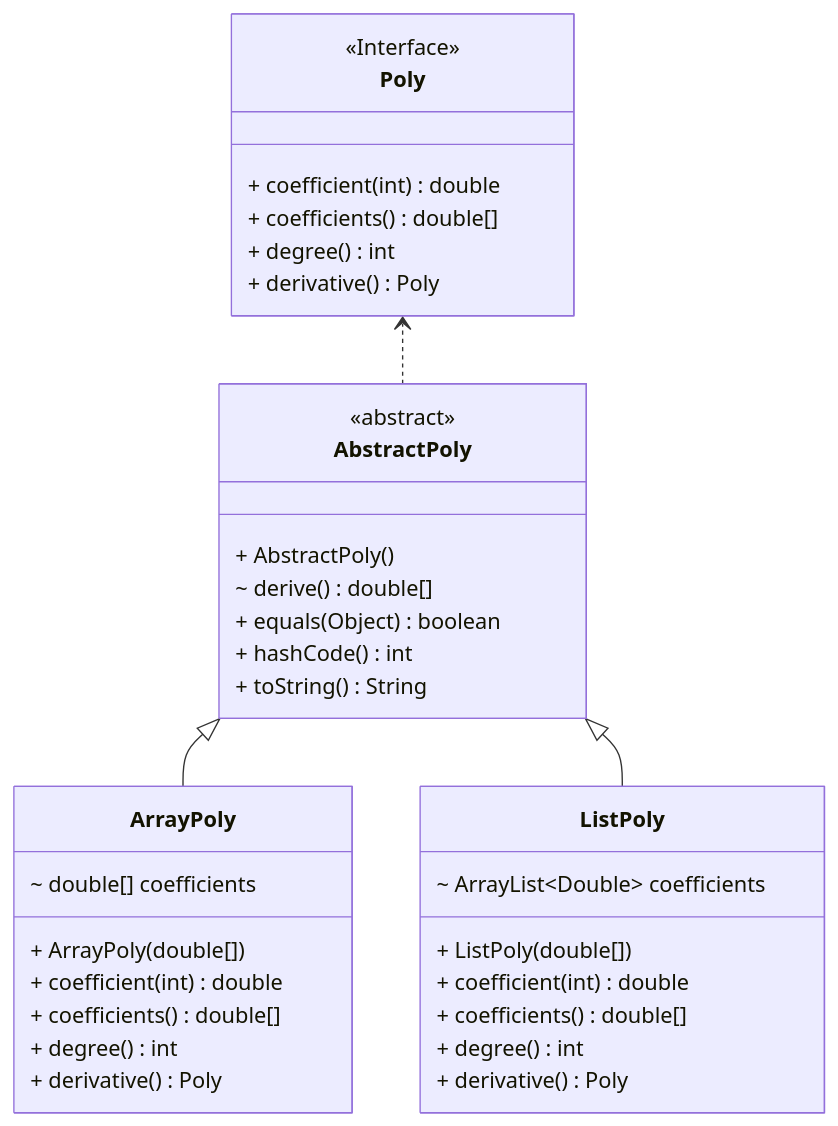
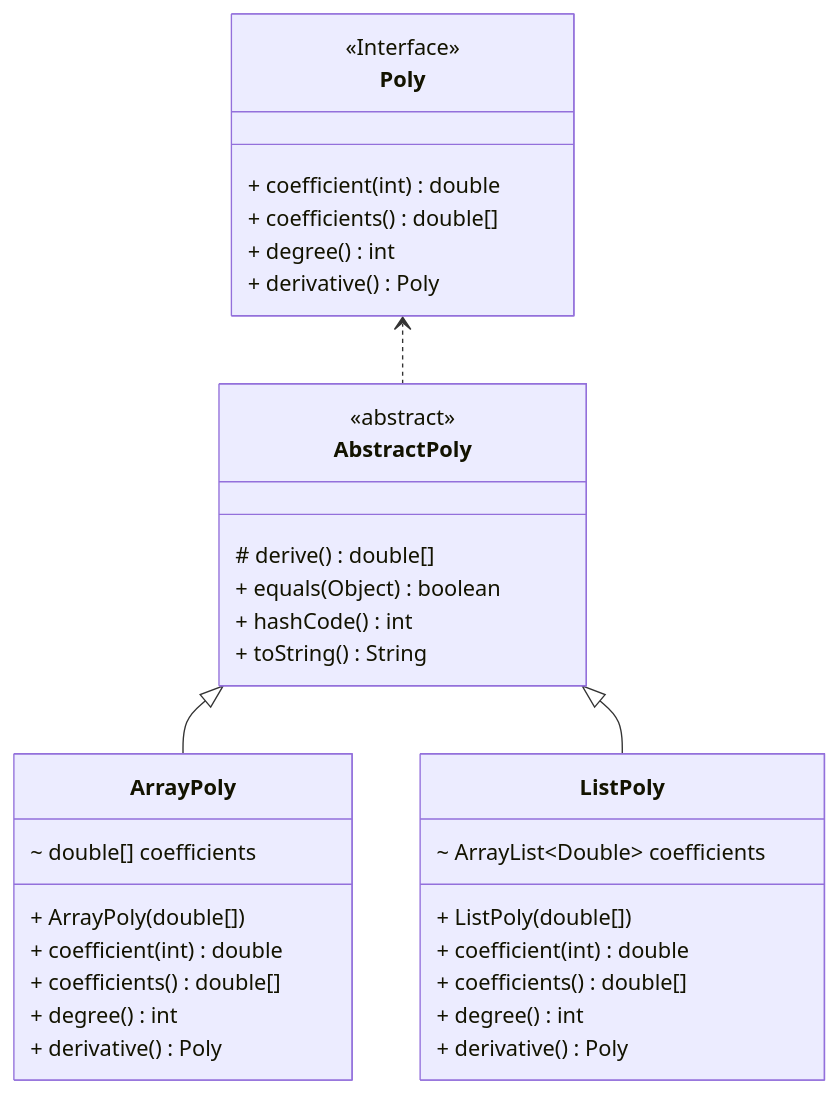
Before and after one commit to MarinCervinschi/ObjectOrientedProgramming: diagram 12 of 13 in exercices/src/main/java/oop/README.md, drawn with Mermaid. The commit also changed other lines of this file and 6 other files, not shown here.

````diff
--- a/exercices/src/main/java/oop/README.md
+++ b/exercices/src/main/java/oop/README.md
@@ -516,39 +521,38 @@
 ```mermaid
 classDiagram
 direction BT
+class Poly {
+    <<Interface>>
+    + coefficient(int) double
+    + coefficients() double[]
+    + degree() int
+    + derivative() Poly
+}
 class AbstractPoly {
   <<abstract>>
-  + AbstractPoly() 
-  ~ derive() double[]
+  # derive() double[]
   + equals(Object) boolean
   + hashCode() int
   + toString() String
 }
 class ArrayPoly {
   ~ double[] coefficients
   + ArrayPoly(double[]) 
   + coefficient(int) double
   + coefficients() double[]
   + degree() int
   + derivative() Poly
 }
 class ListPoly {
   ~ ArrayList~Double~ coefficients
   + ListPoly(double[]) 
   + coefficient(int) double
   + coefficients() double[]
   + degree() int
   + derivative() Poly
 }
-class Poly {
-  <<Interface>>
-  + coefficient(int) double
-  + coefficients() double[]
-  + degree() int
-  + derivative() Poly
-}
 
 AbstractPoly  ..>  Poly 
 ArrayPoly  --|>  AbstractPoly 
 ListPoly  --|>  AbstractPoly 
 ```
````
